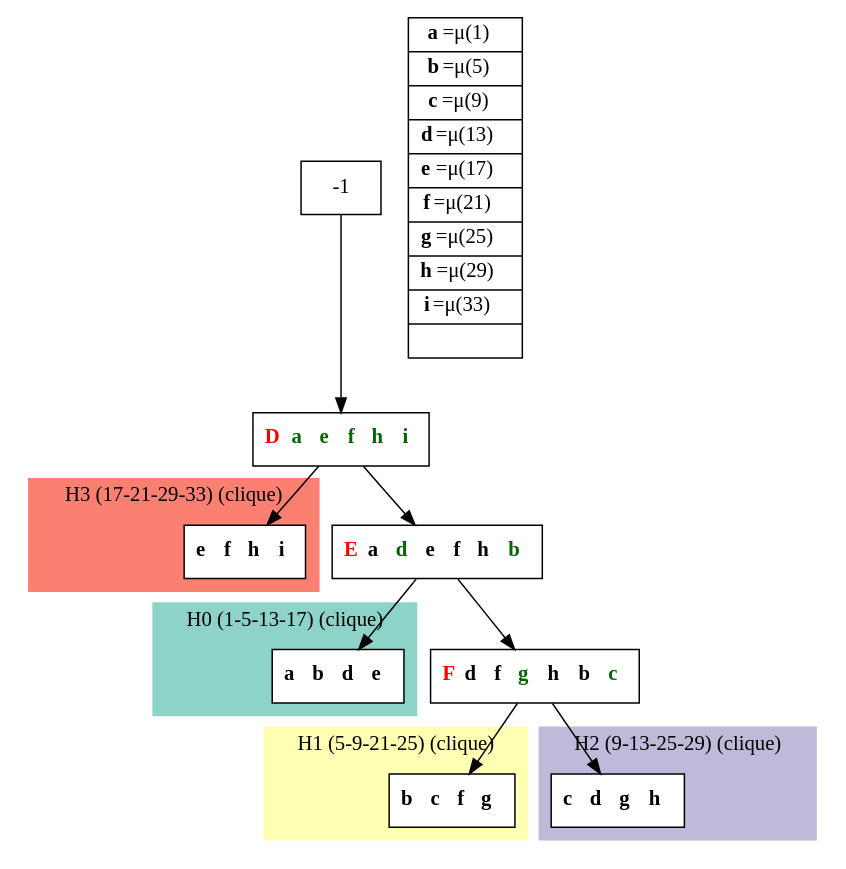
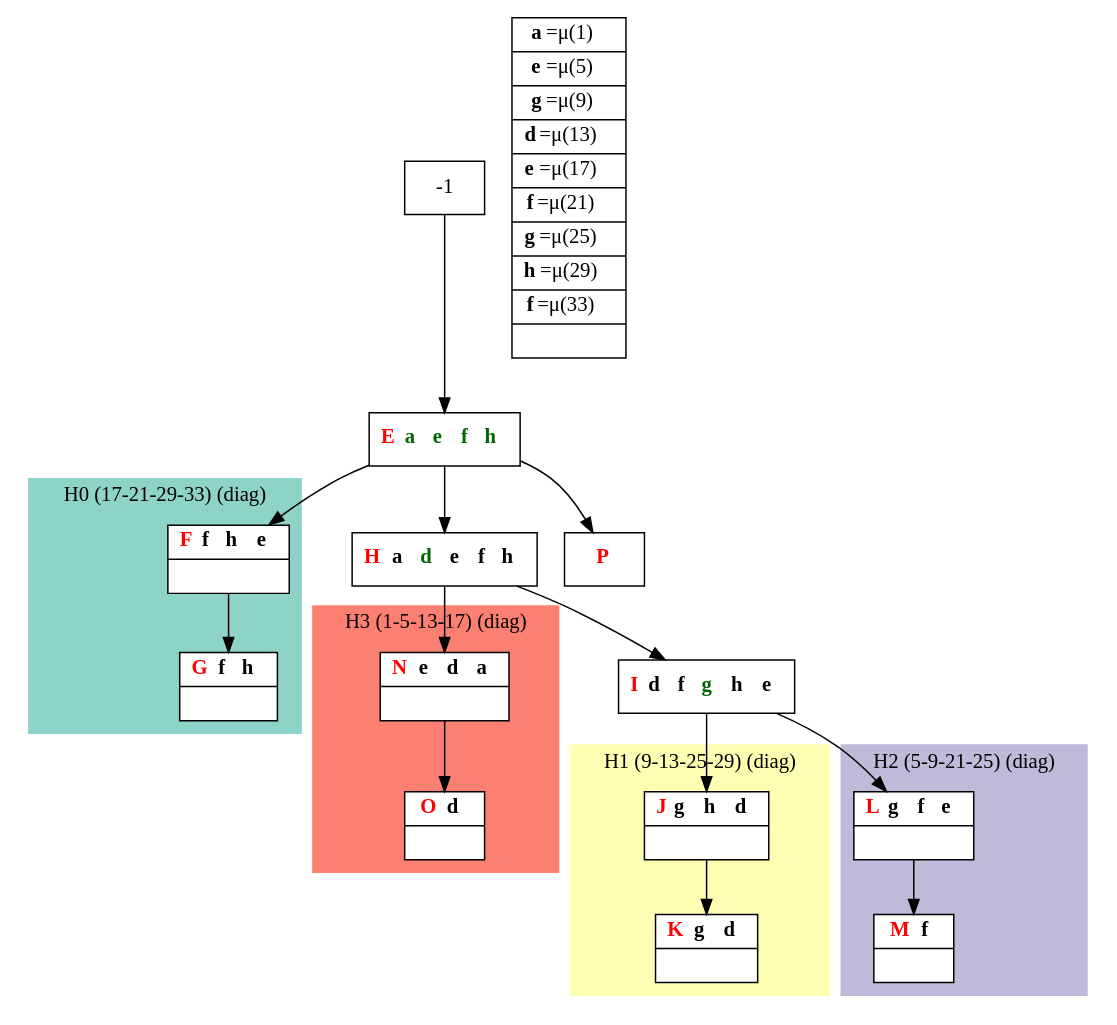
One commit to bmarchand/auto-dp changed the diagram in results/compact_dot_files/compact_M_letters.dot. Above: the diagram before and after it, drawn with Graphviz. The commit also changed 89 other files, not shown here.

```diff
--- a/results/compact_dot_files/compact_M_letters.dot
+++ b/results/compact_dot_files/compact_M_letters.dot
@@ -1,50 +1,56 @@
 digraph G {
     node [shape=box];
     subgraph cluster0 {
         node [style=filled,fillcolor=white];
         labeljust="l";
         style=filled;
         color="#8DD3C7";
-        H0_0;
-        label="H0 (1-5-13-17) (clique)";
+        H0_0 -> H0_5;
+        label="H0 (17-21-29-33) (diag)";
     }
     subgraph cluster1 {
         node [style=filled,fillcolor=white];
         labeljust="l";
         style=filled;
         color="#FFFFB3";
-        H1_0;
-        label="H1 (5-9-21-25) (clique)";
+        H1_0 -> H1_5;
+        label="H1 (9-13-25-29) (diag)";
     }
     subgraph cluster2 {
         node [style=filled,fillcolor=white];
         labeljust="l";
         style=filled;
         color="#BEBADA";
-        H2_0;
-        label="H2 (9-13-25-29) (clique)";
+        H2_0 -> H2_5;
+        label="H2 (5-9-21-25) (diag)";
     }
     subgraph cluster3 {
         node [style=filled,fillcolor=white];
         labeljust="l";
         style=filled;
         color="#FB8072";
-        H3_0;
-        label="H3 (17-21-29-33) (clique)";
+        H3_0 -> H3_5;
+        label="H3 (1-5-13-17) (diag)";
     }
-     1 [shape=record,label= <{  <FONT COLOR="RED"><b>D</b></FONT> <b><FONT COLOR="DARKGREEN">a </FONT></b> <b><FONT COLOR="DARKGREEN">e </FONT></b> <b><FONT COLOR="DARKGREEN">f </FONT></b> <b><FONT COLOR="DARKGREEN">h </FONT></b> <b><FONT COLOR="DARKGREEN">i </FONT></b>}> ];
+     1 [shape=record,label= <{  <FONT COLOR="RED"><b>E</b></FONT> <b><FONT COLOR="DARKGREEN">a </FONT></b> <b><FONT COLOR="DARKGREEN">e </FONT></b> <b><FONT COLOR="DARKGREEN">f </FONT></b> <b><FONT COLOR="DARKGREEN">h </FONT></b>}> ];
      -1  ->  1;
-     H3_0 [shape=record,label= <{ <b>e </b> <b>f </b> <b>h </b> <b>i </b>}> ];
-     1  ->  H3_0;
-     3 [shape=record,label= <{  <FONT COLOR="RED"><b>E</b></FONT> <b>a </b> <b><FONT COLOR="DARKGREEN">d </FONT></b> <b>e </b> <b>f </b> <b>h </b> <b><FONT COLOR="DARKGREEN">b </FONT></b>}> ];
+     H0_0 [shape=record,label= <{  <FONT COLOR="RED"><b>F</b></FONT> <b>f </b> <b>h </b> <b>e </b>| }> ];
+     1  ->  H0_0;
+     H0_5 [shape=record,label= <{  <FONT COLOR="RED"><b>G</b></FONT> <b>f </b> <b>h </b>| }> ];
+     3 [shape=record,label= <{  <FONT COLOR="RED"><b>H</b></FONT> <b>a </b> <b><FONT COLOR="DARKGREEN">d </FONT></b> <b>e </b> <b>f </b> <b>h </b>}> ];
      1  ->  3;
-     6 [shape=record,label= <{  <FONT COLOR="RED"><b>F</b></FONT> <b>d </b> <b>f </b> <b><FONT COLOR="DARKGREEN">g </FONT></b> <b>h </b> <b>b </b> <b><FONT COLOR="DARKGREEN">c </FONT></b>}> ];
+     6 [shape=record,label= <{  <FONT COLOR="RED"><b>I</b></FONT> <b>d </b> <b>f </b> <b><FONT COLOR="DARKGREEN">g </FONT></b> <b>h </b> <b>e </b>}> ];
      3  ->  6;
-     H1_0 [shape=record,label= <{ <b>b </b> <b>c </b> <b>f </b> <b>g </b>}> ];
+     H1_0 [shape=record,label= <{  <FONT COLOR="RED"><b>J</b></FONT> <b>g </b> <b>h </b> <b>d </b>| }> ];
      6  ->  H1_0;
-     H2_0 [shape=record,label= <{ <b>c </b> <b>d </b> <b>g </b> <b>h </b>}> ];
+     H1_5 [shape=record,label= <{  <FONT COLOR="RED"><b>K</b></FONT> <b>g </b> <b>d </b>| }> ];
+     H2_0 [shape=record,label= <{  <FONT COLOR="RED"><b>L</b></FONT> <b>g </b> <b>f </b> <b>e </b>| }> ];
      6  ->  H2_0;
-     H0_0 [shape=record,label= <{ <b>a </b> <b>b </b> <b>d </b> <b>e </b>}> ];
-     3  ->  H0_0;
-    labels [shape=record,label= <{<b>a</b>=&#956;(1) | <b>b</b>=&#956;(5) | <b>c</b>=&#956;(9) | <b>d</b>=&#956;(13) | <b>e</b>=&#956;(17) | <b>f</b>=&#956;(21) | <b>g</b>=&#956;(25) | <b>h</b>=&#956;(29) | <b>i</b>=&#956;(33) | }> ];
+     H2_5 [shape=record,label= <{  <FONT COLOR="RED"><b>M</b></FONT> <b>f </b>| }> ];
+     H3_0 [shape=record,label= <{  <FONT COLOR="RED"><b>N</b></FONT> <b>e </b> <b>d </b> <b>a </b>| }> ];
+     3  ->  H3_0;
+     H3_5 [shape=record,label= <{  <FONT COLOR="RED"><b>O</b></FONT> <b>d </b>| }> ];
+     _1 [shape=record,label= <{  <FONT COLOR="RED"><b>P</b></FONT>}> ];
+     1  ->  _1;
+    labels [shape=record,label= <{<b>a</b>=&#956;(1) | <b>e</b>=&#956;(5) | <b>g</b>=&#956;(9) | <b>d</b>=&#956;(13) | <b>e</b>=&#956;(17) | <b>f</b>=&#956;(21) | <b>g</b>=&#956;(25) | <b>h</b>=&#956;(29) | <b>f</b>=&#956;(33) | }> ];
 }
```
